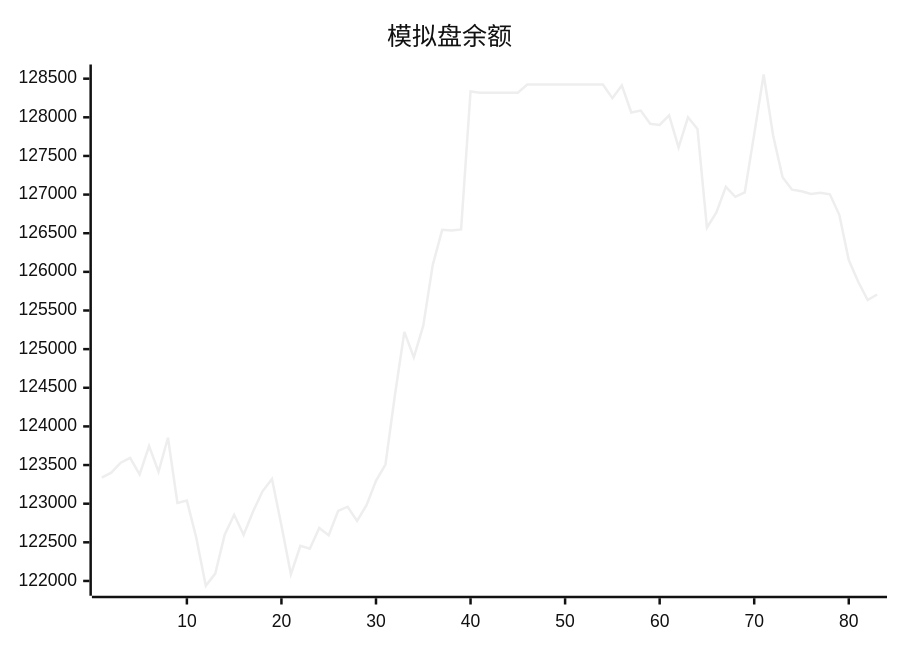
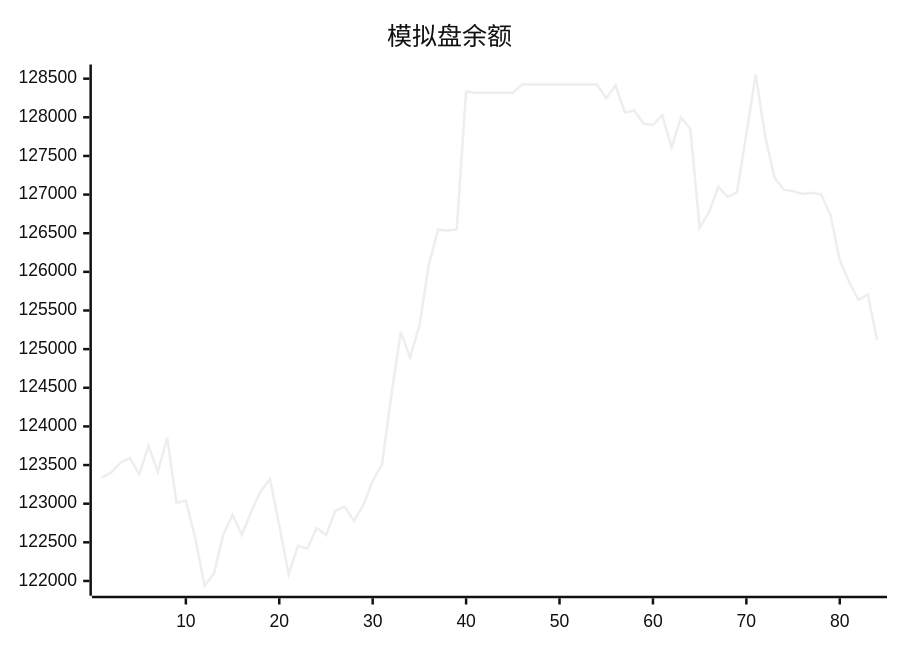
One commit to aahl/ai-trading changed the diagram in README.md. Above: the diagram before and after it, drawn with Mermaid (neutral theme). The commit also changed other lines of this file and 2 other files, not shown here.

````diff
--- a/README.md
+++ b/README.md
@@ -5,5 +5,5 @@
 ```mermaid
 xychart
     title "模拟盘余额"
-    line [123338,123402,123530,123592,123378,123745,123413,123853,123009,123040,122557,121938,122095,122599,122856,122597,122898,123160,123319,122719,122087,122454,122416,122685,122592,122907,122961,122776,122981,123295,123507,124403,125224,124894,125303,126088,126544,126534,126549,128335,128318,128318,128318,128318,128318,128424,128424,128424,128424,128424,128424,128424,128424,128424,128247,128412,128062,128087,127917,127901,128026,127611,128000,127850,126572,126770,127100,126971,127029,127783,128554,127765,127224,127064,127044,127009,127025,127004,126738,126152,125871,125635,125707]
+    line [123338,123402,123530,123592,123378,123745,123413,123853,123009,123040,122557,121938,122095,122599,122856,122597,122898,123160,123319,122719,122087,122454,122416,122685,122592,122907,122961,122776,122981,123295,123507,124403,125224,124894,125303,126088,126544,126534,126549,128335,128318,128318,128318,128318,128318,128424,128424,128424,128424,128424,128424,128424,128424,128424,128247,128412,128062,128087,127917,127901,128026,127611,128000,127850,126572,126770,127100,126971,127029,127783,128554,127765,127224,127064,127044,127009,127025,127004,126738,126152,125871,125635,125707,125117]
 ```
````
